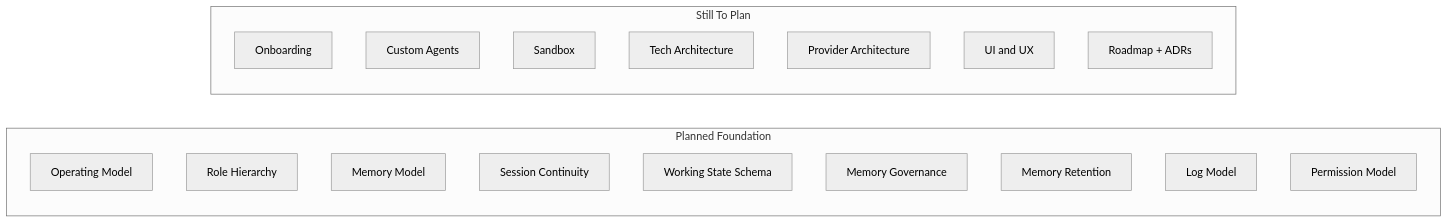
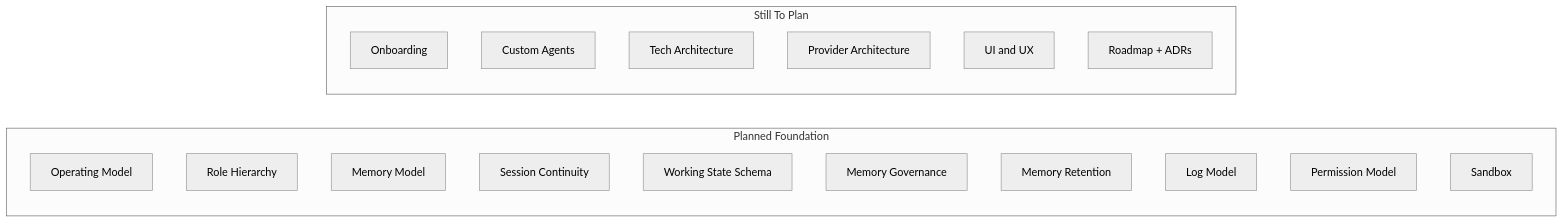
Before and after one commit to wessel05j/PAOS: the diagram in docs/planning-status.md, drawn with Mermaid (neutral theme). The commit also changed other lines of this file and 2 other files, not shown here.

Commit message:
Document workspace and sandbox model

````diff
--- a/docs/planning-status.md
+++ b/docs/planning-status.md
@@ -50,24 +49,24 @@
 ```mermaid
 flowchart LR
     subgraph Stable["Planned Foundation"]
         OM[Operating Model]
         RH[Role Hierarchy]
         MM[Memory Model]
         SC[Session Continuity]
         WS[Working State Schema]
         MG[Memory Governance]
         MR[Memory Retention]
         LM[Log Model]
         PM[Permission Model]
+        SB[Sandbox]
     end
 
     subgraph Open["Still To Plan"]
         OB[Onboarding]
         CA[Custom Agents]
-        SB[Sandbox]
         TA[Tech Architecture]
         PA[Provider Architecture]
         UX[UI and UX]
         RD[Roadmap + ADRs]
     end
 ```
````
